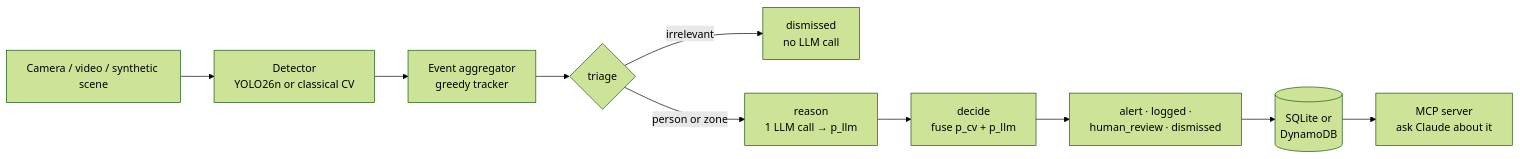
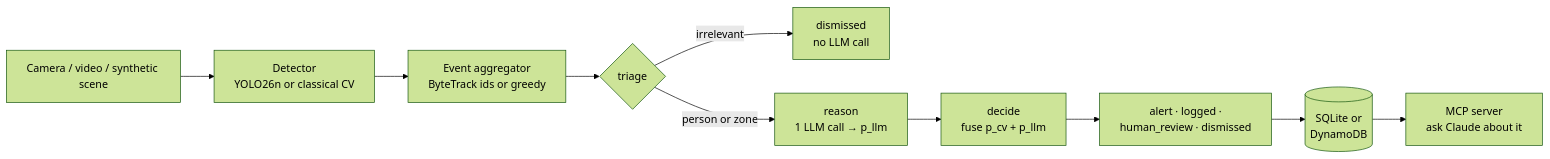
The diagram in README.md (Sahmah/sentinel-agent), drawn with Mermaid (forest theme) before and after one commit. The commit also changed other lines of this file and 43 other files, not shown here.

````diff
--- a/README.md
+++ b/README.md
@@ -12,12 +12,12 @@
 ```mermaid
 flowchart LR
   S[Camera / video / synthetic scene] --> D[Detector<br/>YOLO26n or classical CV]
-  D --> A[Event aggregator<br/>greedy tracker]
+  D --> A[Event aggregator<br/>ByteTrack ids or greedy]
   A --> T{triage}
   T -- irrelevant --> X[dismissed<br/>no LLM call]
   T -- person or zone --> R[reason<br/>1 LLM call → p_llm]
   R --> F[decide<br/>fuse p_cv + p_llm]
   F --> O[alert · logged ·<br/>human_review · dismissed]
   O --> DB[(SQLite or<br/>DynamoDB)]
   DB --> M[MCP server<br/>ask Claude about it]
 ```
````
